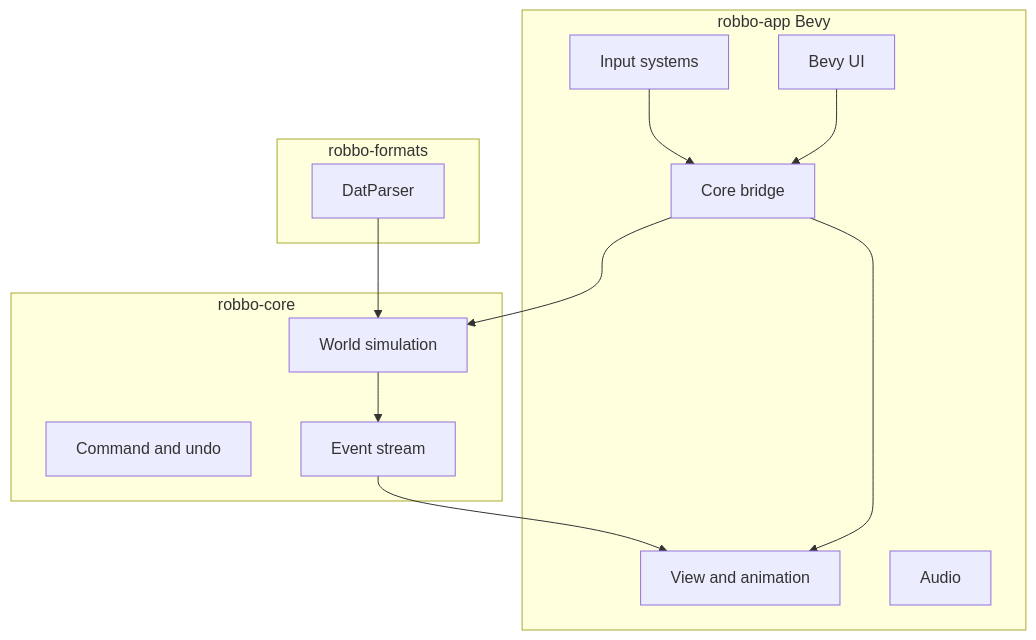
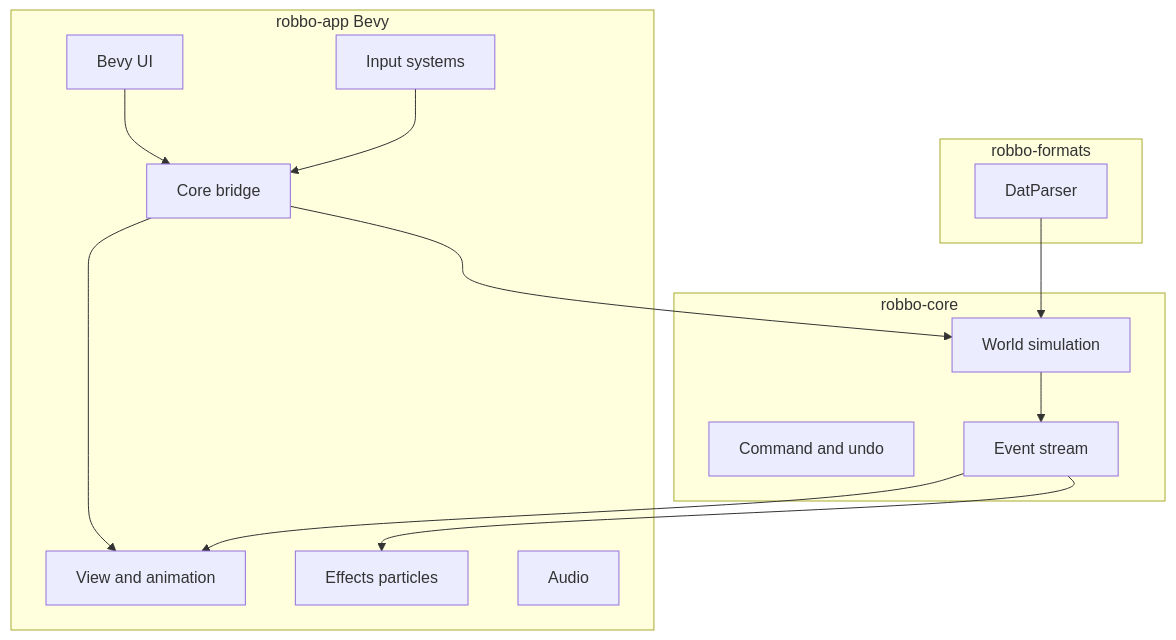
The first of 2 diagrams in docs/architecture-design/02-architecture.md (digit1024/digitalrobbo), drawn with Mermaid before and after one commit. The commit also changed other lines of this file and 10 other files, not shown here.

````diff
--- a/docs/architecture-design/02-architecture.md
+++ b/docs/architecture-design/02-architecture.md
@@ -24,28 +24,30 @@
 ```mermaid
 flowchart TB
   subgraph app [robbo-app Bevy]
     Input[Input systems]
     Bridge[Core bridge]
     View[View and animation]
+    FX[Effects particles]
     UI[Bevy UI]
     Audio[Audio]
   end
 
   subgraph formats [robbo-formats]
     Parser[DatParser]
   end
 
   subgraph core [robbo-core]
     World[World simulation]
     Commands[Command and undo]
     Events[Event stream]
   end
 
   Input --> Bridge
   Bridge --> World
   World --> Events
   Events --> View
+  Events --> FX
   Parser --> World
   Bridge --> View
   UI --> Bridge
 ```
````
